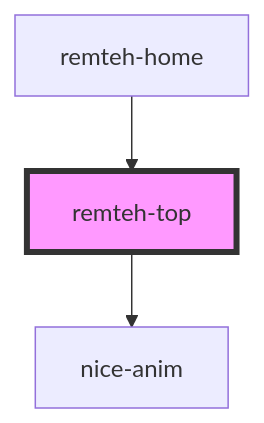
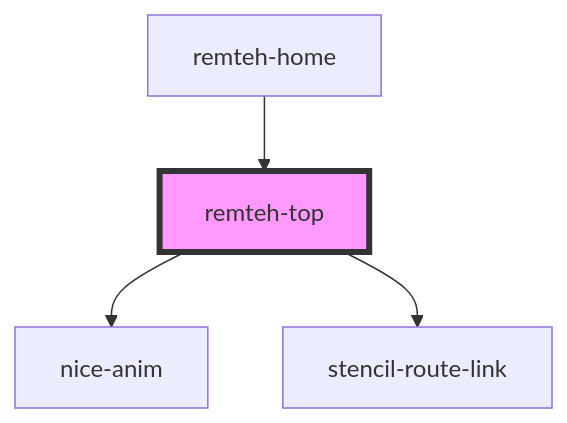
The diagram in src/components/remteh-top/readme.md (p1nta/remtehnaladka), drawn with Mermaid before and after one commit. The commit also changed other lines of this file and 4 other files, not shown here.

````diff
--- a/src/components/remteh-top/readme.md
+++ b/src/components/remteh-top/readme.md
@@ -26,6 +27,7 @@
 ```mermaid
 graph TD;
   remteh-top --> nice-anim
+  remteh-top --> stencil-route-link
   remteh-home --> remteh-top
   style remteh-top fill:#f9f,stroke:#333,stroke-width:4px
 ```
````
